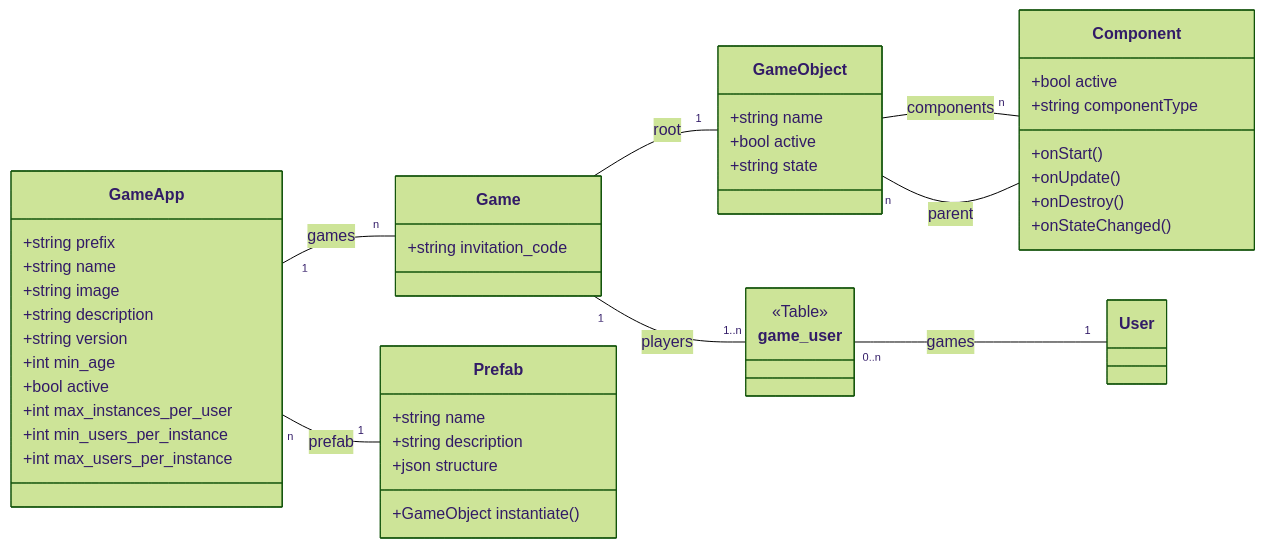
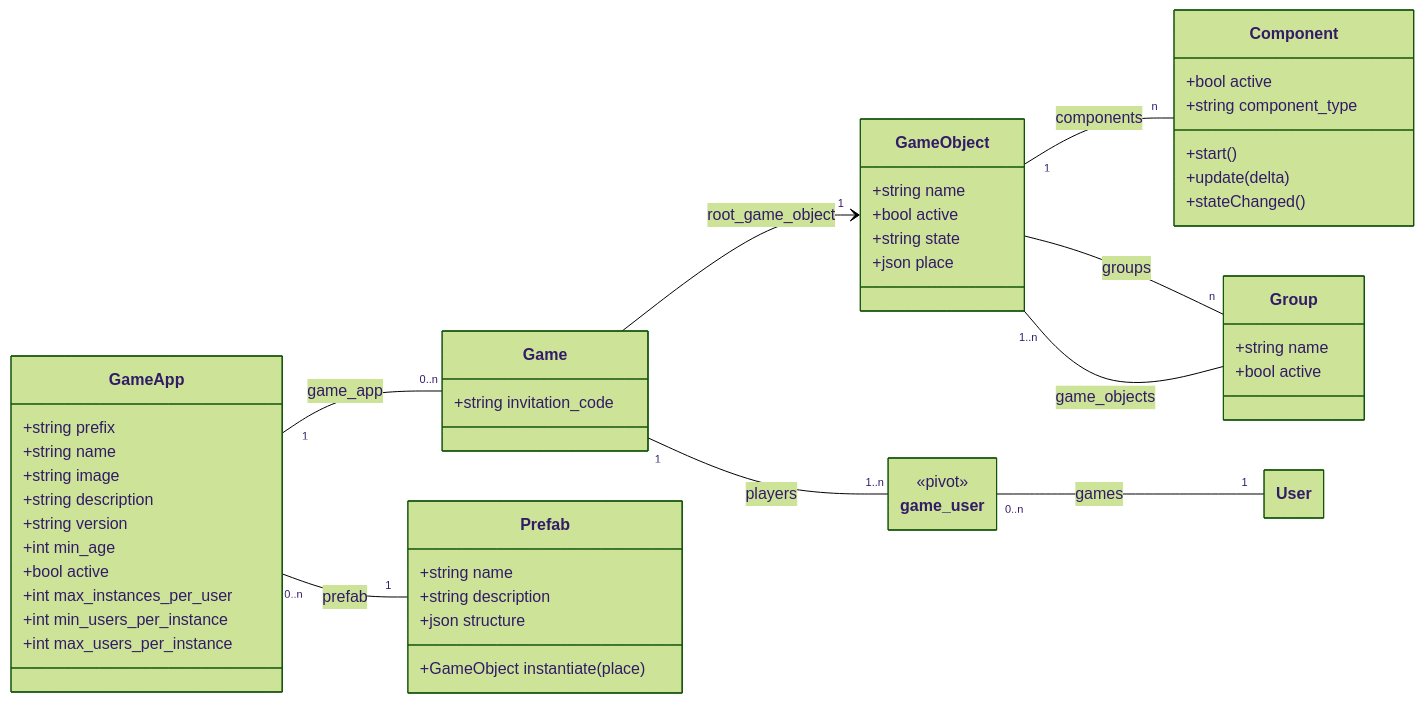
The diagram in docs/class_diagrams.md (eormeno/base-project), drawn with Mermaid (forest theme) before and after one commit.

Commit message:
designing

````diff
--- a/docs/class_diagrams.md
+++ b/docs/class_diagrams.md
@@ -3,50 +3,60 @@
 ```mermaid
+---
+  config:
+    class:
+      hideEmptyMembersBox: true
+---
 classDiagram
     direction LR
     class User {
     }
     class GameApp {
         +string prefix
         +string name
         +string image
         +string description
         +string version
         +int min_age
         +bool active
         +int max_instances_per_user
         +int min_users_per_instance
         +int max_users_per_instance
     }
     class Game {
         +string invitation_code
     }
     class game_user {
-        <<Table>>
+        <<pivot>>
     }
     class Prefab {
         +string name
         +string description
         +json structure
-        +GameObject instantiate()
+        +GameObject instantiate(place)
     }
     class GameObject {
         +string name
         +bool active
         +string state
+        +json place
+    }
+    class Group {
+        +string name
+        +bool active
     }
     class Component {
         +bool active
-        +string componentType
-        +onStart()
-        +onUpdate()
-        +onDestroy()
-        +onStateChanged()
+        +string component_type
+        +start()
+        +update(delta)
+        +stateChanged()
     }
-    Game -- "1" GameObject : root
-    GameObject -- "n" Component : components
-    Component -- "n" GameObject : parent
-    GameApp "1" -- "n" Game : games
+    Game --> "1" GameObject : root_game_object
+    GameObject "1" -- "n" Component : components
+    GameObject -- "n" Group : groups
+    Group -- "1..n" GameObject : game_objects
+    GameApp "1" -- "0..n" Game : game_app
     Game "1" -- "1..n" game_user : players
-    GameApp "n" -- "1" Prefab : prefab
+    GameApp "0..n" -- "1" Prefab : prefab
     game_user "0..n" -- "1" User : games
 ```
````
